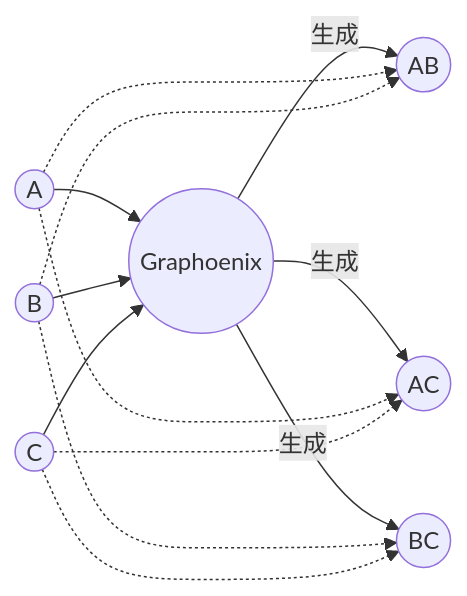
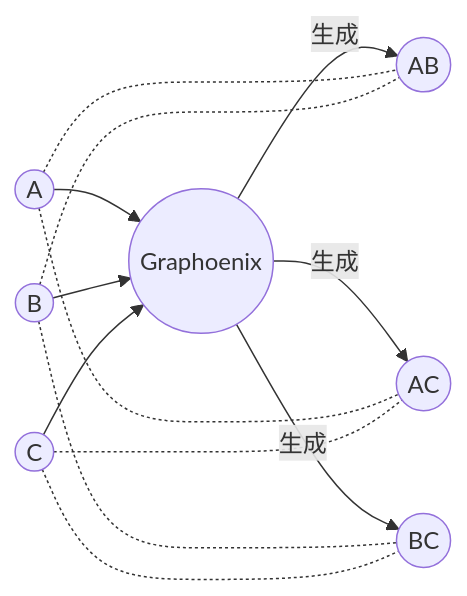
One commit to doukai/gp-doc.github.io changed the fifth of 12 diagrams in docs/intro.md. Above: the diagram before and after it, drawn with Mermaid. The commit also changed other lines of this file, not shown here.

````diff
--- a/docs/intro.md
+++ b/docs/intro.md
@@ -74,15 +143,15 @@
 ```mermaid
 flowchart LR
     A((A)) --> gp((Graphoenix))
     B((B)) --> gp((Graphoenix))
     C((C)) --> gp((Graphoenix))
     gp((Graphoenix)) -- 生成 --> AB((AB))
     gp((Graphoenix)) -- 生成 --> AC((AC))
     gp((Graphoenix)) -- 生成 --> BC((BC))
-    A -.-> AB
-    B -.-> AB
-    A -.-> AC
-    C -.-> AC
-    B -.-> BC
-    C -.-> BC
+    A -.- AB
+    B -.- AB
+    A -.- AC
+    C -.- AC
+    B -.- BC
+    C -.- BC
 ```
````
